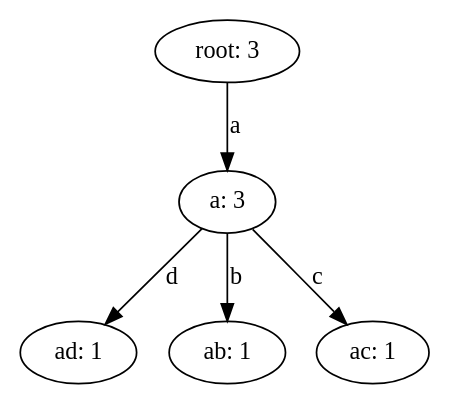
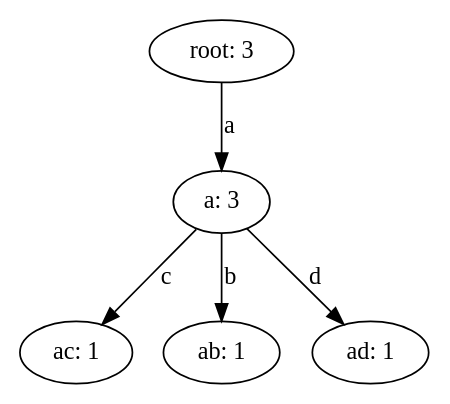
One commit to YuXuaann/Compile changed the diagram in task3/task3_4/result_pic/trie_0.dot. Above: the diagram before and after it, drawn with Graphviz. The commit also changed 6 other files, not shown here.

```diff
--- a/task3/task3_4/result_pic/trie_0.dot
+++ b/task3/task3_4/result_pic/trie_0.dot
@@ -1,11 +1,11 @@
 digraph {
     0 [ label = "root: 3" ]
     1 [ label = "a: 3" ]
-    2 [ label = "ad: 1" ]
+    2 [ label = "ac: 1" ]
     3 [ label = "ab: 1" ]
-    4 [ label = "ac: 1" ]
+    4 [ label = "ad: 1" ]
     0 -> 1 [ label = "a" ]
-    1 -> 2 [ label = "d" ]
+    1 -> 2 [ label = "c" ]
     1 -> 3 [ label = "b" ]
-    1 -> 4 [ label = "c" ]
+    1 -> 4 [ label = "d" ]
 }
```
